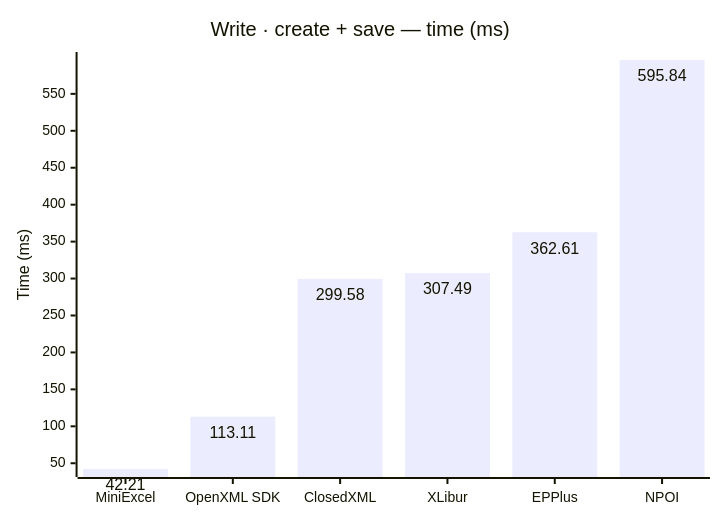
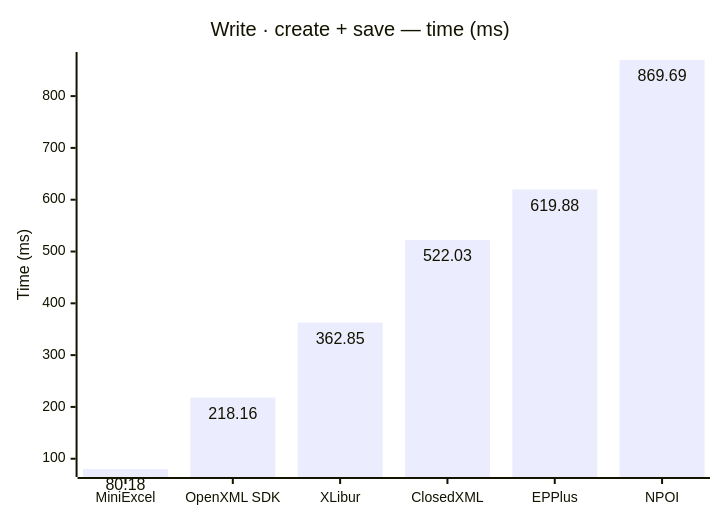
The fifth of 6 diagrams in docs/results-ci.md (jafin/XLBench), drawn with Mermaid before and after one commit. The commit also changed other lines of this file, not shown here.

````diff
--- a/docs/results-ci.md
+++ b/docs/results-ci.md
@@ -36,12 +88,12 @@
 ```mermaid
 ---
 config:
   xyChart:
     showDataLabel: true
 ---
 xychart-beta
     title "Write · create + save — time (ms)"
-    x-axis ["MiniExcel", "OpenXML SDK", "ClosedXML", "XLibur", "EPPlus", "NPOI"]
+    x-axis ["MiniExcel", "OpenXML SDK", "XLibur", "ClosedXML", "EPPlus", "NPOI"]
     y-axis "Time (ms)"
-    bar [42.21, 113.11, 299.58, 307.49, 362.61, 595.84]
+    bar [80.18, 218.16, 362.85, 522.03, 619.88, 869.69]
 ```
````
